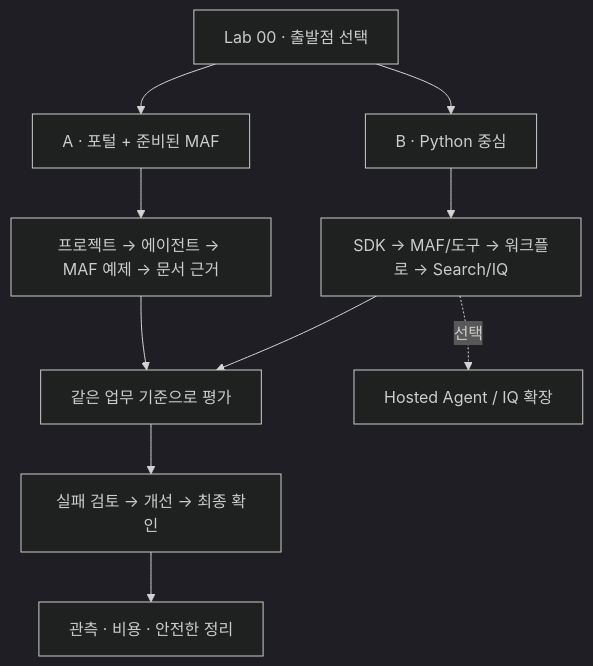
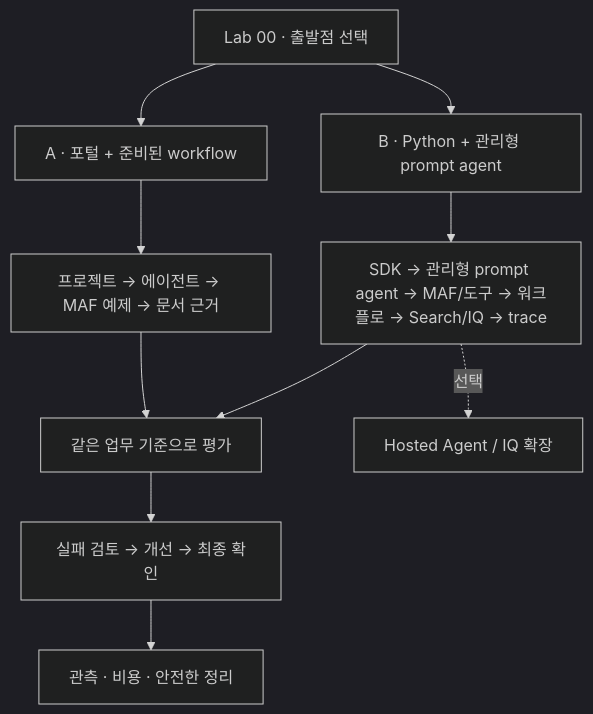
One commit to junwoojeong100/microsoft-foundry-v2-labs changed the diagram in docs/ko/index.md. Above: the diagram before and after it, drawn with Mermaid (dark theme). The commit also changed other lines of this file and 117 other files, not shown here.

````diff
--- a/docs/ko/index.md
+++ b/docs/ko/index.md
@@ -56,12 +56,12 @@
 ```mermaid
 flowchart TD
-    S["Lab 00 · 출발점 선택"] --> A["A · 포털 + 준비된 MAF"]
-    S --> B["B · Python 중심"]
+    S["Lab 00 · 출발점 선택"] --> A["A · 포털 + 준비된 workflow"]
+    S --> B["B · Python + 관리형 prompt agent"]
     A --> P["프로젝트 → 에이전트 → MAF 예제 → 문서 근거"]
-    B --> C["SDK → MAF/도구 → 워크플로 → Search/IQ"]
+    B --> C["SDK → 관리형 prompt agent → MAF/도구 → 워크플로 → Search/IQ → trace"]
     P --> E["같은 업무 기준으로 평가"]
     C --> E
     E --> R["실패 검토 → 개선 → 최종 확인"]
     R --> O["관측 · 비용 · 안전한 정리"]
     C -. "선택" .-> H["Hosted Agent / IQ 확장"]
 ```
````
